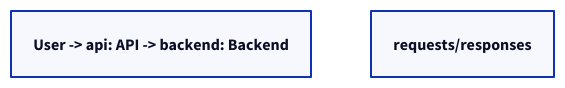
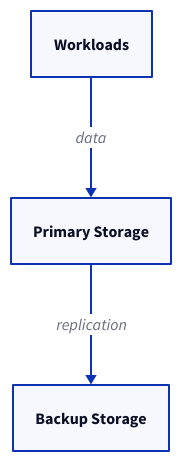
One commit to wagov-dtt/architecture-decision-records changed the diagram in AGENTS.md. Above: the diagram before and after it, drawn with D2. The commit also changed other lines of this file and 1 other file, not shown here.

````diff
--- a/AGENTS.md
+++ b/AGENTS.md
@@ -83,4 +91,10 @@
 ```d2
-user: User -> api: API -> backend: Backend
-api: requests/responses
+direction: down
+
+workloads: Workloads
+storage: Primary Storage
+backup: Backup Storage
+
+workloads -> storage: data
+storage -> backup: replication
 ```
````
